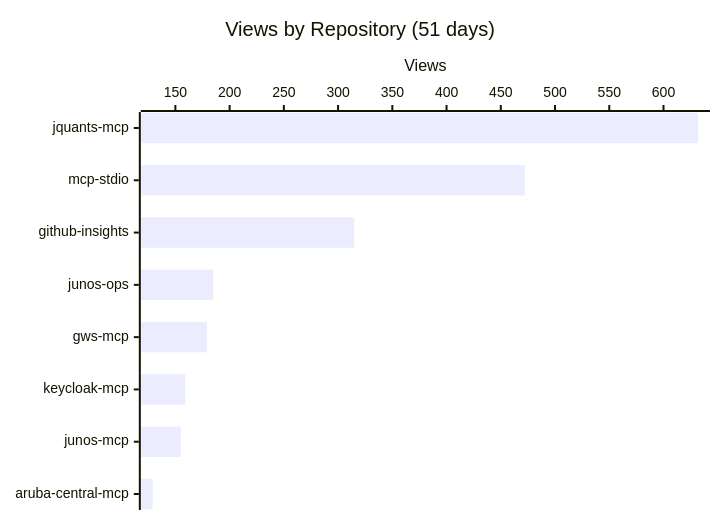
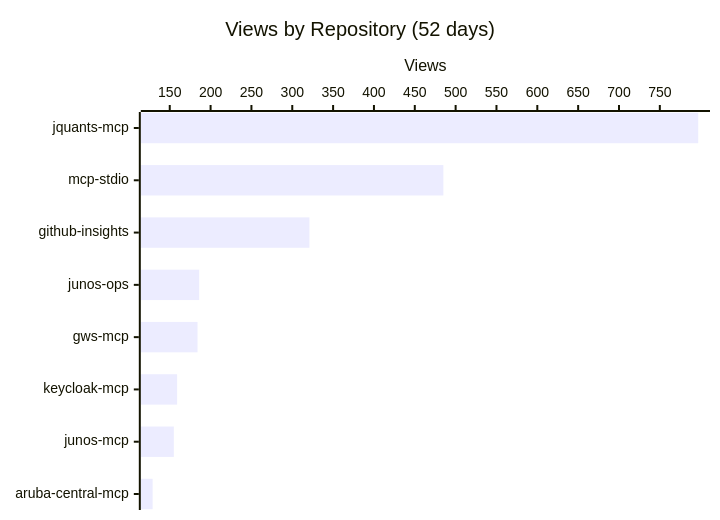
Before and after one commit to shigechika/github-insights: the first of 3 diagrams in README.md, drawn with Mermaid. The commit also changed other lines of this file and 2 other files, not shown here.

````diff
--- a/README.md
+++ b/README.md
@@ -18,7 +18,7 @@
 ```mermaid
 xychart-beta horizontal
-    title "Views by Repository (51 days)"
+    title "Views by Repository (52 days)"
     x-axis ["jquants-mcp", "mcp-stdio", "github-insights", "junos-ops", "gws-mcp", "keycloak-mcp", "junos-mcp", "aruba-central-mcp"]
     y-axis "Views"
-    bar [632, 472, 315, 185, 179, 159, 155, 129]
+    bar [797, 485, 321, 186, 184, 159, 155, 129]
 ```
````
